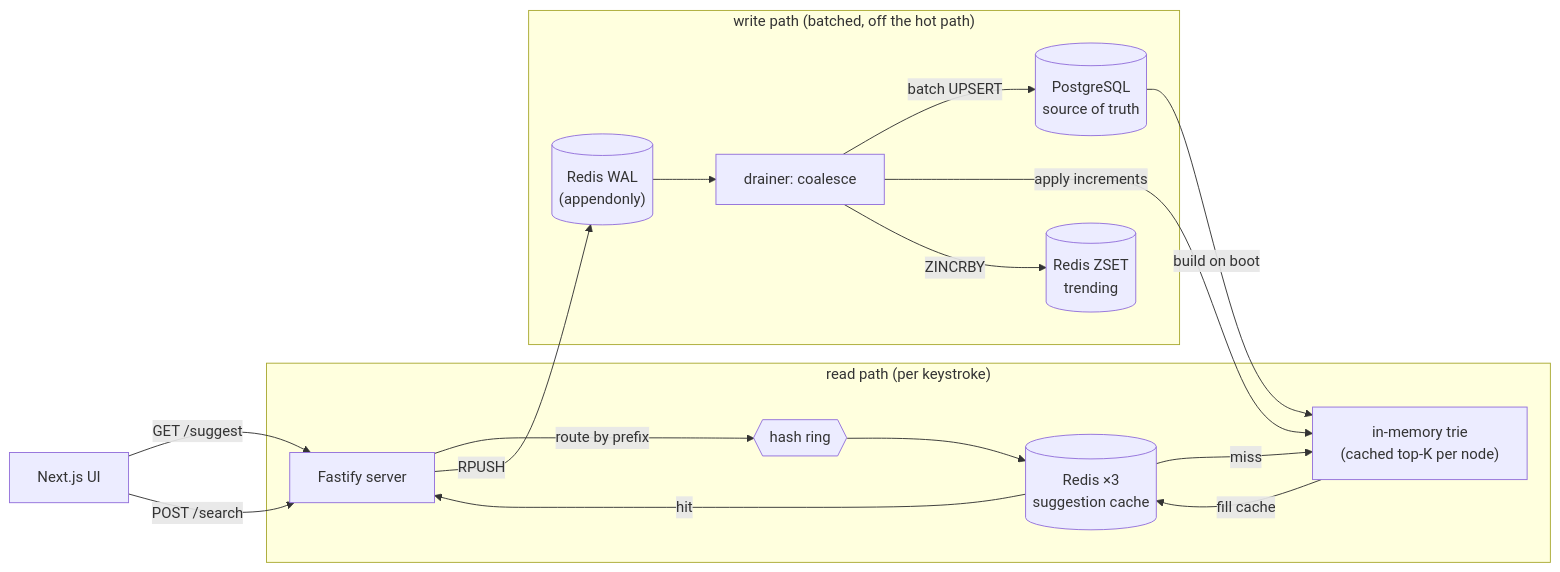
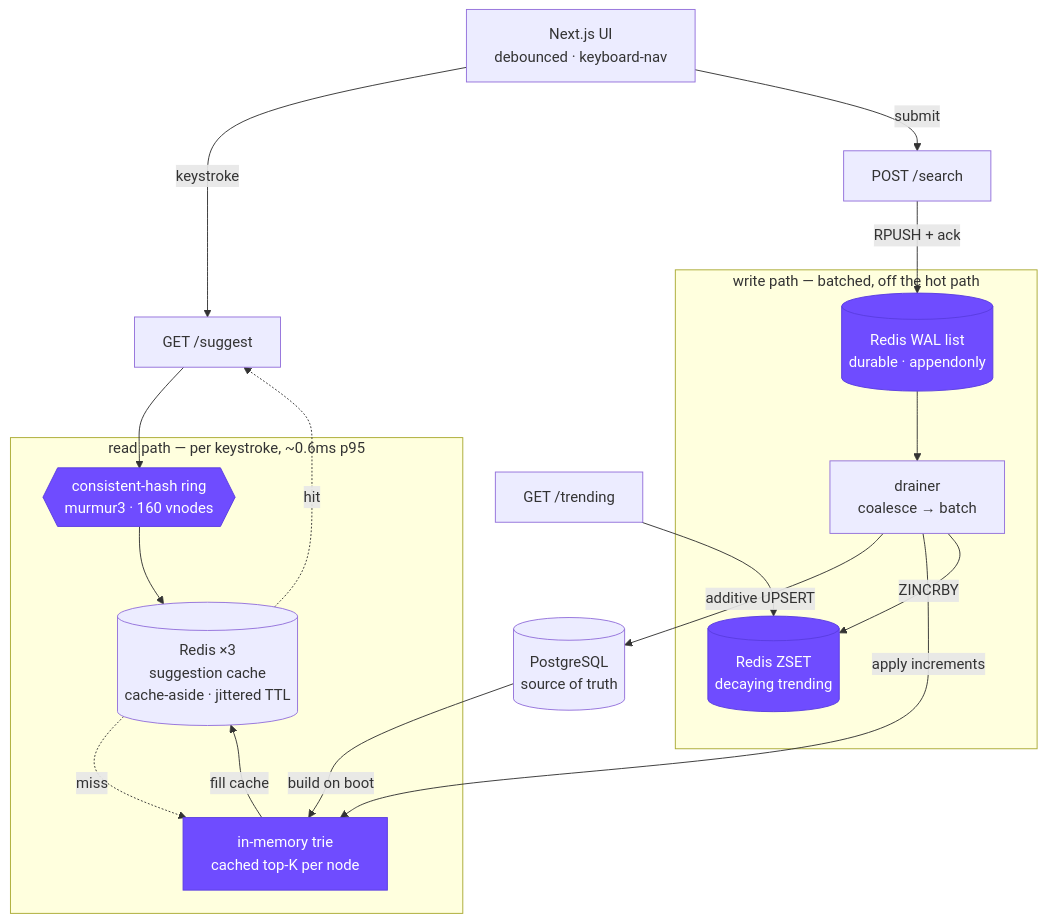
One commit to mohit-1710/typeahead-search changed the first of 2 diagrams in README.md. Above: the diagram before and after it, drawn with Mermaid. The commit also changed other lines of this file and 3 other files, not shown here.

First line of the commit message:
readme: lead with the architecture, add diagrams + demo gif

````diff
--- a/README.md
+++ b/README.md
@@ -42,23 +24,38 @@
 ```mermaid
-flowchart LR
-  UI["Next.js UI"] -->|"GET /suggest"| API["Fastify server"]
-  UI -->|"POST /search"| API
+flowchart TB
+    UI["Next.js UI<br/>debounced · keyboard-nav"]
 
-  subgraph read["read path (per keystroke)"]
-    API -->|"route by prefix"| RING{{"hash ring"}}
-    RING --> CACHE[("Redis ×3<br/>suggestion cache")]
-    CACHE -- hit --> API
-    CACHE -- miss --> TRIE["in-memory trie<br/>(cached top-K per node)"]
-    TRIE -->|"fill cache"| CACHE
-  end
+    UI -->|keystroke| SUG["GET /suggest"]
+    UI -->|submit| SRCH["POST /search"]
+    TRN["GET /trending"]
 
-  subgraph write["write path (batched, off the hot path)"]
-    API -->|"RPUSH"| WAL[("Redis WAL<br/>(appendonly)")]
-    WAL --> DRAIN["drainer: coalesce"]
-    DRAIN -->|"batch UPSERT"| PG[("PostgreSQL<br/>source of truth")]
-    DRAIN -->|"apply increments"| TRIE
-    DRAIN -->|"ZINCRBY"| TREND[("Redis ZSET<br/>trending")]
-  end
+    subgraph readpath["read path — per keystroke, ~0.6ms p95"]
+      RING{{"consistent-hash ring<br/>murmur3 · 160 vnodes"}}
+      CACHE[("Redis ×3<br/>suggestion cache<br/>cache-aside · jittered TTL")]
+      TRIE["in-memory trie<br/>cached top-K per node"]
+    end
 
-  PG -->|"build on boot"| TRIE
+    SUG --> RING --> CACHE
+    CACHE -. hit .-> SUG
+    CACHE -. miss .-> TRIE
+    TRIE -->|fill cache| CACHE
+
+    subgraph writepath["write path — batched, off the hot path"]
+      WAL[("Redis WAL list<br/>durable · appendonly")]
+      DRAIN["drainer<br/>coalesce → batch"]
+      TREND[("Redis ZSET<br/>decaying trending")]
+    end
+
+    SRCH -->|RPUSH + ack| WAL
+    WAL --> DRAIN
+    DRAIN -->|additive UPSERT| PG[("PostgreSQL<br/>source of truth")]
+    DRAIN -->|apply increments| TRIE
+    DRAIN -->|ZINCRBY| TREND
+    PG -->|build on boot| TRIE
+    TRN --> TREND
+
+    style TRIE fill:#6f4cff,color:#fff,stroke:#5a3de0
+    style RING fill:#6f4cff,color:#fff,stroke:#5a3de0
+    style WAL fill:#6f4cff,color:#fff,stroke:#5a3de0
+    style TREND fill:#6f4cff,color:#fff,stroke:#5a3de0
 ```
````
